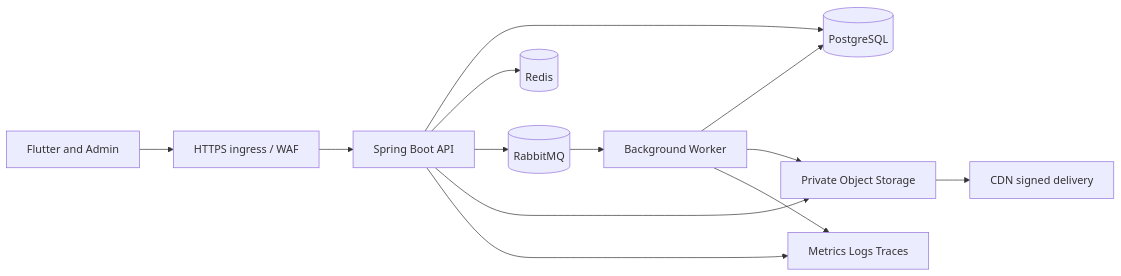
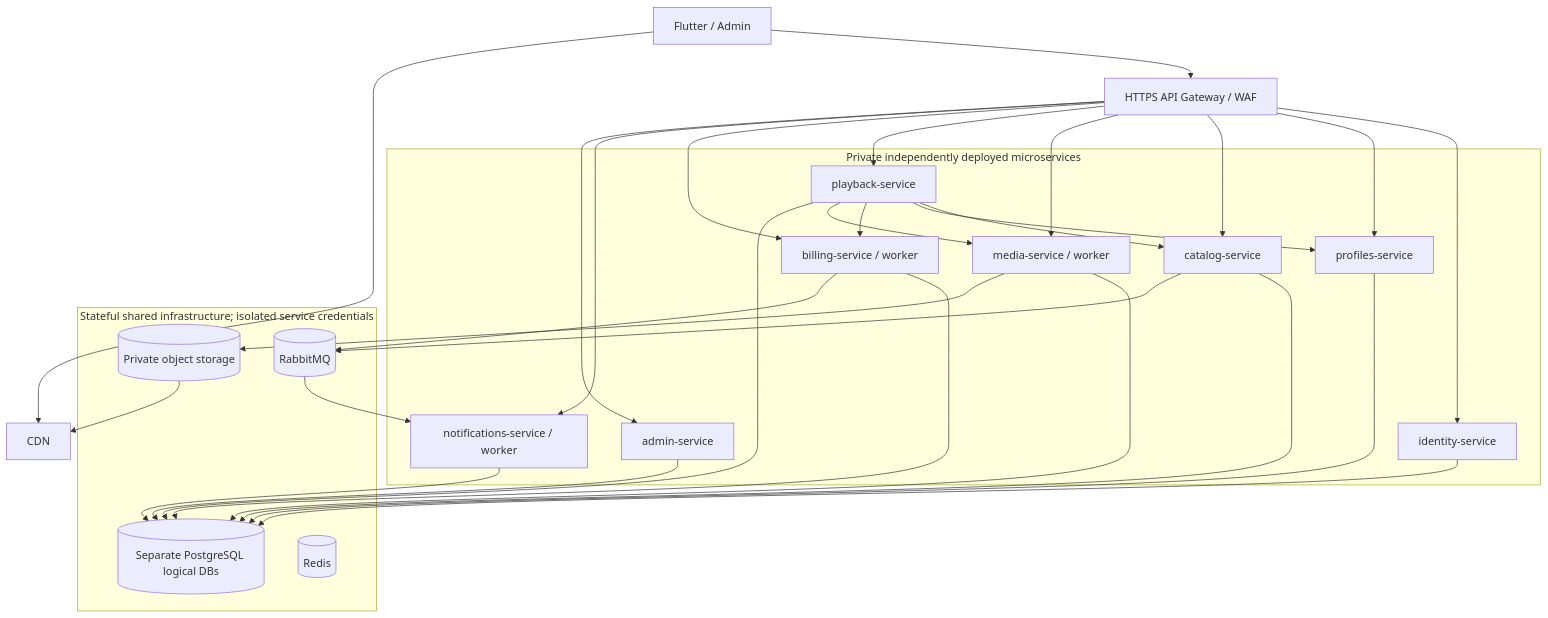
Before and after one commit to IoanMarian08/KidsAudioBookPlatform: the diagram in docs/05_DevOps/Infrastructure.md, drawn with Mermaid. The commit also changed other lines of this file and 2 other files, not shown here.

Commit message:
docs(devops): define per-service infrastructure, CI and deployment

```diff
--- a/docs/05_DevOps/Infrastructure.md
+++ b/docs/05_DevOps/Infrastructure.md
@@ -11,15 +11,46 @@
 ~~~mermaid
-flowchart LR
-    Client[Flutter and Admin] --> TLS[HTTPS ingress / WAF]
-    TLS --> API[Spring Boot API]
-    API --> PG[(PostgreSQL)]
-    API --> Redis[(Redis)]
-    API --> MQ[(RabbitMQ)]
-    API --> Media[Private Object Storage]
-    MQ --> Worker[Background Worker]
-    Worker --> PG
-    Worker --> Media
-    Media --> CDN[CDN signed delivery]
-    API --> Obs[Metrics Logs Traces]
-    Worker --> Obs
+flowchart TB
+  Client[Flutter / Admin] --> GW[HTTPS API Gateway / WAF]
+  subgraph Runtime[Private independently deployed microservices]
+    ID[identity-service]
+    P[profiles-service]
+    C[catalog-service]
+    M[media-service / worker]
+    PL[playback-service]
+    B[billing-service / worker]
+    N[notifications-service / worker]
+    A[admin-service]
+  end
+  GW --> ID
+  GW --> P
+  GW --> C
+  GW --> M
+  GW --> PL
+  GW --> B
+  GW --> N
+  GW --> A
+  PL --> C
+  PL --> P
+  PL --> B
+  PL --> M
+  subgraph Infrastructure[Stateful shared infrastructure; isolated service credentials]
+    PG[(Separate PostgreSQL logical DBs)]
+    Redis[(Redis)]
+    MQ[(RabbitMQ)]
+    Storage[(Private object storage)]
+  end
+  ID --> PG
+  P --> PG
+  C --> PG
+  M --> PG
+  PL --> PG
+  B --> PG
+  N --> PG
+  A --> PG
+  B --> MQ
+  C --> MQ
+  MQ --> N
+  M --> Storage
+  Storage --> CDN[CDN]
+  Client --> CDN
 ~~~
```
